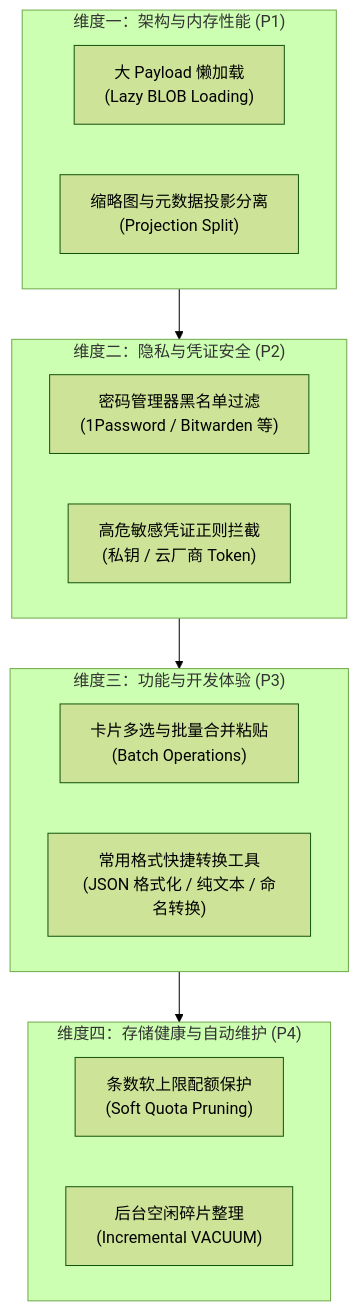
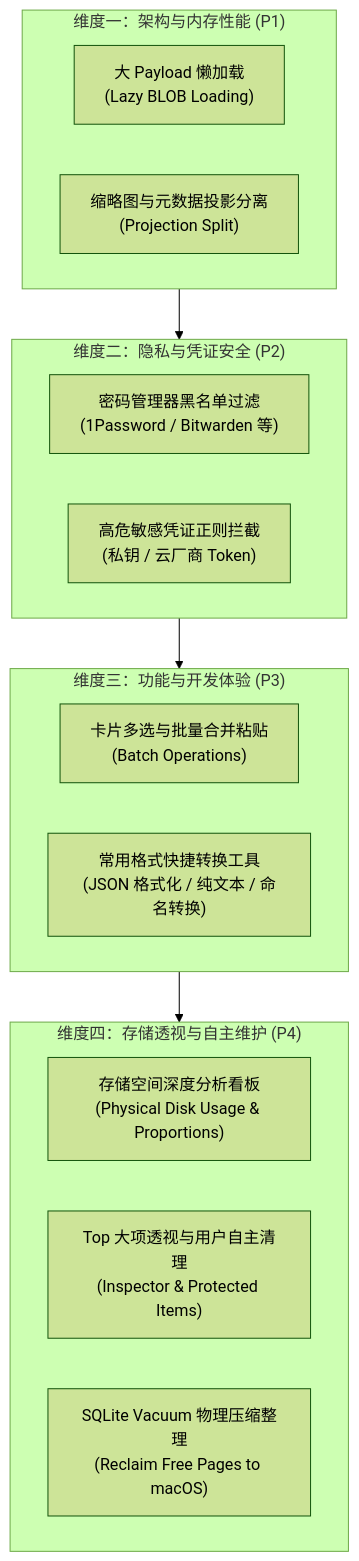
Before and after one commit to evanoooo/clipboard: the diagram in tasks/optimization_roadmap.md, drawn with Mermaid (forest theme). The commit also changed other lines of this file and 8 other files, not shown here.

Commit message:
feat(storage): implement user-controlled storage inspector and vacuum defragmentation (Phase 4)

````diff
--- a/tasks/optimization_roadmap.md
+++ b/tasks/optimization_roadmap.md
@@ -10,24 +10,25 @@
 ```mermaid
 flowchart TD
     subgraph P1["维度一：架构与内存性能 (P1)"]
         A1["大 Payload 懒加载<br/>(Lazy BLOB Loading)"]
         A2["缩略图与元数据投影分离<br/>(Projection Split)"]
     end
 
     subgraph P2["维度二：隐私与凭证安全 (P2)"]
         B1["密码管理器黑名单过滤<br/>(1Password / Bitwarden 等)"]
         B2["高危敏感凭证正则拦截<br/>(私钥 / 云厂商 Token)"]
     end
 
     subgraph P3["维度三：功能与开发体验 (P3)"]
         C1["卡片多选与批量合并粘贴<br/>(Batch Operations)"]
         C2["常用格式快捷转换工具<br/>(JSON 格式化 / 纯文本 / 命名转换)"]
     end
 
-    subgraph P4["维度四：存储健康与自动维护 (P4)"]
-        D1["条数软上限配额保护<br/>(Soft Quota Pruning)"]
-        D2["后台空闲碎片整理<br/>(Incremental VACUUM)"]
+    subgraph P4["维度四：存储透视与自主维护 (P4)"]
+        D1["存储空间深度分析看板<br/>(Physical Disk Usage & Proportions)"]
+        D2["Top 大项透视与用户自主清理<br/>(Inspector & Protected Items)"]
+        D3["SQLite Vacuum 物理压缩整理<br/>(Reclaim Free Pages to macOS)"]
     end
 
     P1 --> P2 --> P3 --> P4
 ```
````
